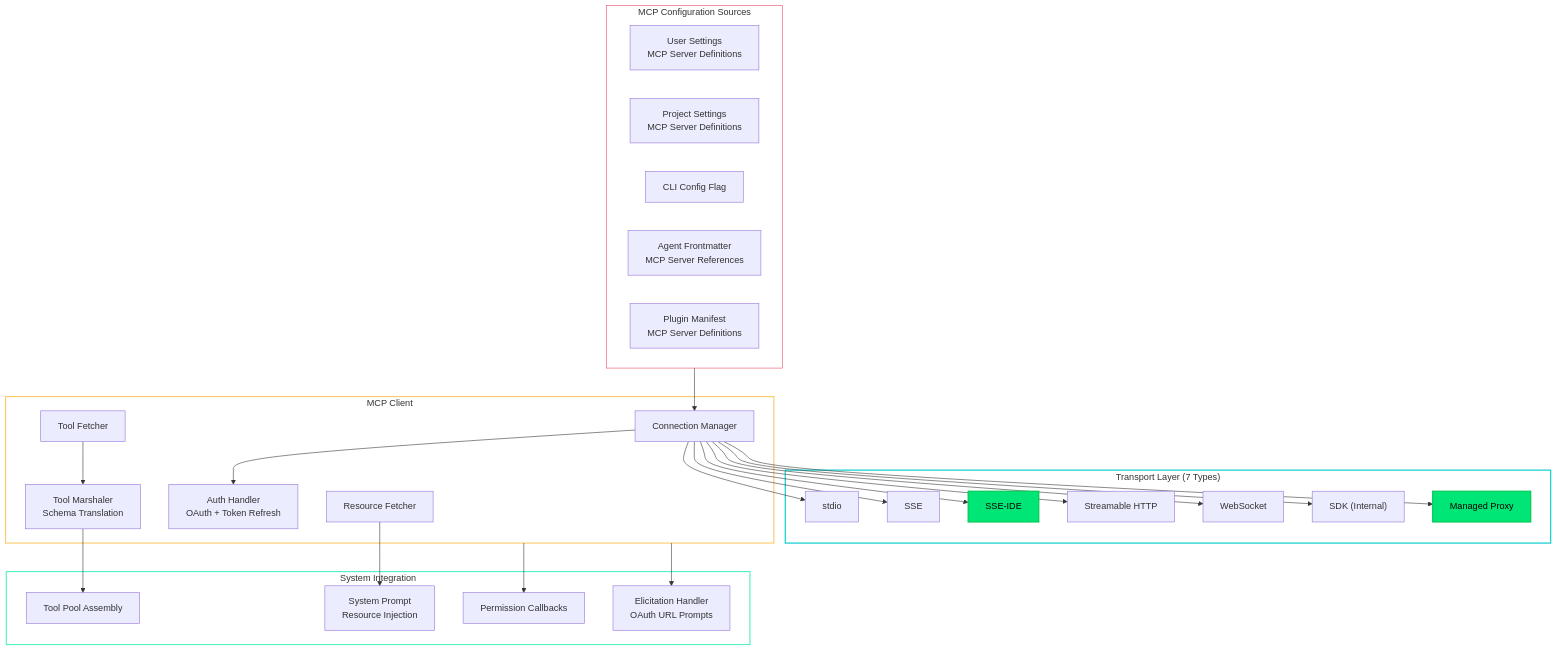
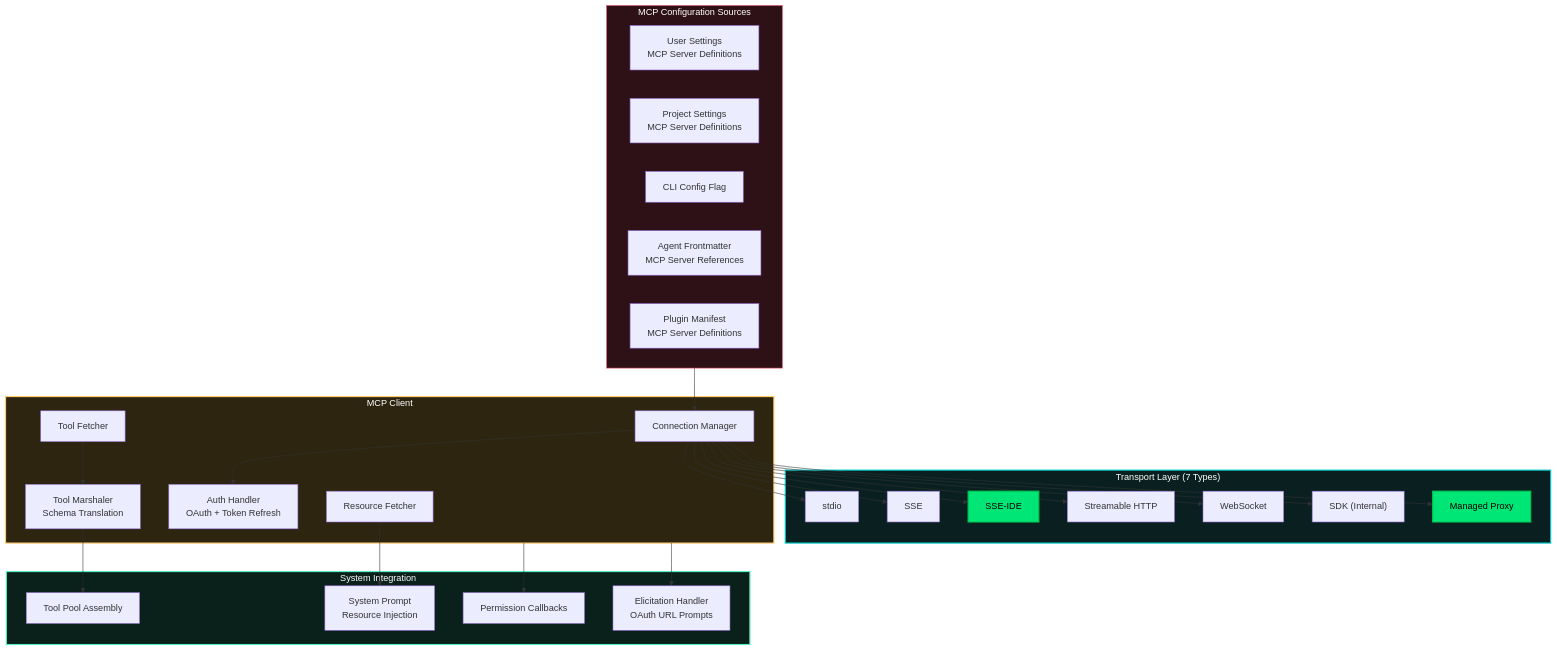
One commit to PavelValentov/multi-agent-architecture changed the eighth of 14 diagrams in DIAGRAMS.md. Above: the diagram before and after it, drawn with Mermaid. The commit also changed other lines of this file, not shown here.

First line of the commit message:
Add consistent dark fills to all diagram subgraphs

````diff
--- a/DIAGRAMS.md
+++ b/DIAGRAMS.md
@@ -657,57 +670,57 @@
 ```mermaid
 graph TB
     subgraph Config["MCP Configuration Sources"]
         USER_CFG["User Settings<br/>MCP Server Definitions"]
         PROJECT_CFG["Project Settings<br/>MCP Server Definitions"]
         CLI_CFG["CLI Config Flag"]
         AGENT_CFG["Agent Frontmatter<br/>MCP Server References"]
         PLUGIN_CFG["Plugin Manifest<br/>MCP Server Definitions"]
     end
 
     subgraph Transports["Transport Layer (7 Types)"]
         STDIO["stdio"]
         SSE["SSE"]
         SSE_IDE["SSE-IDE"]
         HTTP["Streamable HTTP"]
         WS["WebSocket"]
         SDK["SDK (Internal)"]
         CLAUDE_PROXY["Managed Proxy"]
     end
 
     subgraph Client["MCP Client"]
         CONNECT["Connection Manager"]
         TOOLS_FETCH["Tool Fetcher"]
         RESOURCES["Resource Fetcher"]
         AUTH["Auth Handler<br/>OAuth + Token Refresh"]
         MARSHAL["Tool Marshaler<br/>Schema Translation"]
     end
 
     subgraph Integration["System Integration"]
         TOOL_REG["Tool Pool Assembly"]
         SYS_PROMPT["System Prompt<br/>Resource Injection"]
         PERM["Permission Callbacks"]
         ELICIT["Elicitation Handler<br/>OAuth URL Prompts"]
     end
 
     Config --> CONNECT
     CONNECT --> STDIO
     CONNECT --> SSE
     CONNECT --> SSE_IDE
     CONNECT --> HTTP
     CONNECT --> WS
     CONNECT --> SDK
     CONNECT --> CLAUDE_PROXY
     CONNECT --> AUTH
     TOOLS_FETCH --> MARSHAL
     MARSHAL --> TOOL_REG
     RESOURCES --> SYS_PROMPT
     Client --> PERM
     Client --> ELICIT
 
-    style Config fill:transparent,stroke:#e94560,stroke-width:1px
-    style Transports fill:transparent,stroke:#00cec9,stroke-width:2px
-    style Client fill:transparent,stroke:#fdcb6e,stroke-width:2px
-    style Integration fill:transparent,stroke:#55efc4,stroke-width:2px
+    style Config fill:#2d1117,stroke:#e94560,stroke-width:1px,color:#fff
+    style Transports fill:#0a2020,stroke:#00cec9,stroke-width:2px,color:#fff
+    style Client fill:#2d2510,stroke:#fdcb6e,stroke-width:2px,color:#fff
+    style Integration fill:#0a201a,stroke:#55efc4,stroke-width:2px,color:#fff
     style SSE_IDE fill:#00e676,stroke:#00c853,stroke-width:2px,color:#000
     style CLAUDE_PROXY fill:#00e676,stroke:#00c853,stroke-width:2px,color:#000
 ```
````
